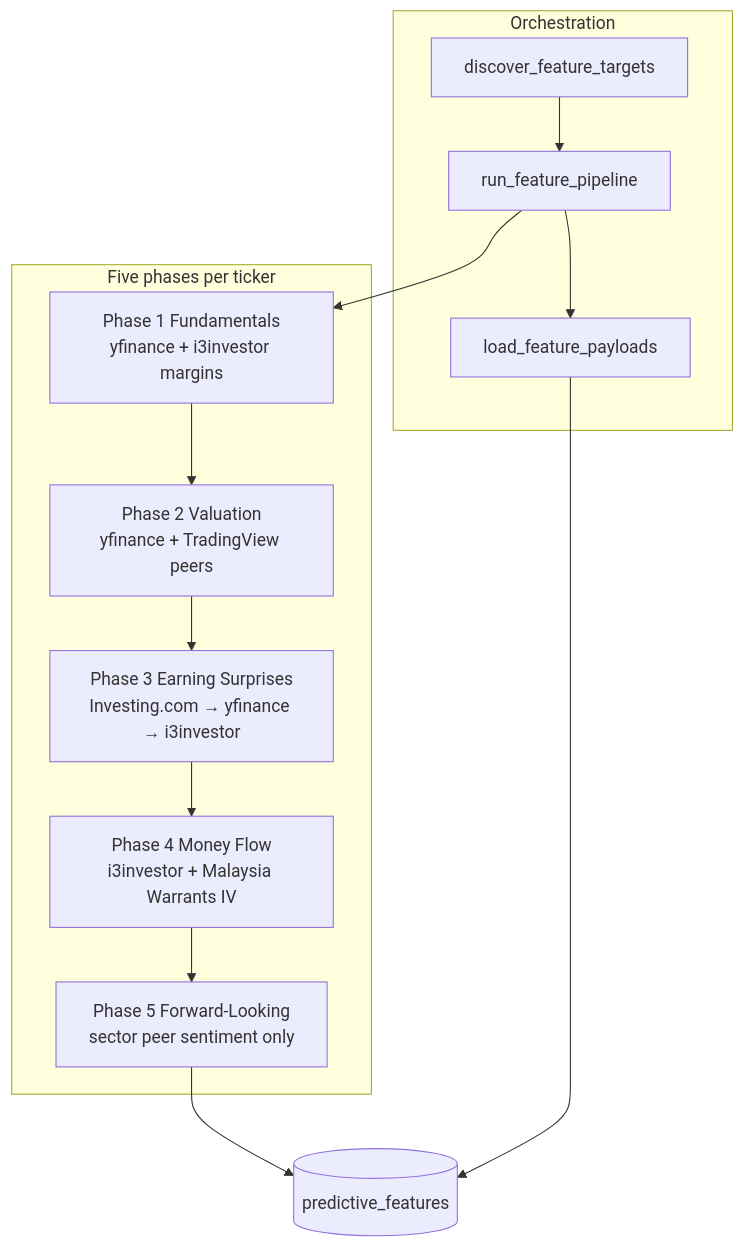
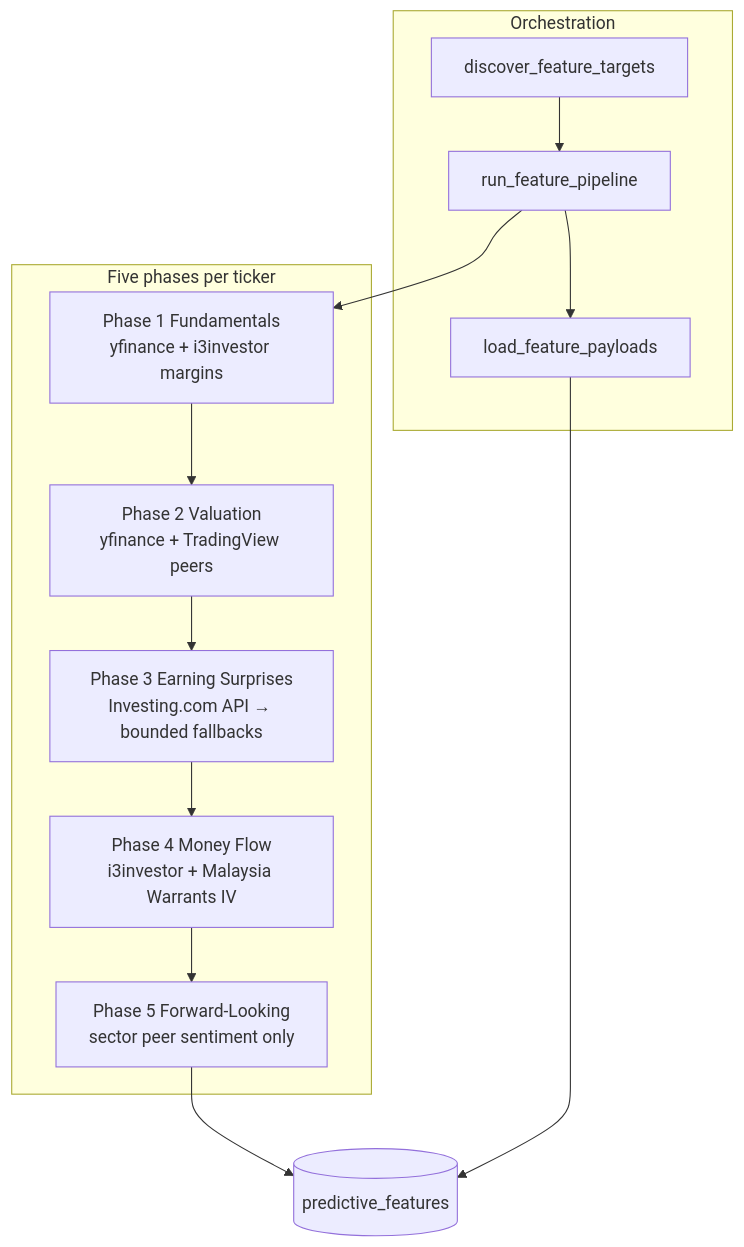
One commit to ONGKOKRHUI/financial-insights changed the diagram in docs/data-engineering/ml-features-etl.md. Above: the diagram before and after it, drawn with Mermaid. The commit also changed other lines of this file and 14 other files, not shown here.

````diff
--- a/docs/data-engineering/ml-features-etl.md
+++ b/docs/data-engineering/ml-features-etl.md
@@ -49,22 +49,22 @@
 ```mermaid
 flowchart TD
     subgraph orchestration [Orchestration]
         T1[discover_feature_targets]
         T2[run_feature_pipeline]
         T3[load_feature_payloads]
         T1 --> T2 --> T3
     end
 
     subgraph phases [Five phases per ticker]
         P1[Phase 1 Fundamentals\nyfinance + i3investor margins]
         P2[Phase 2 Valuation\nyfinance + TradingView peers]
-        P3[Phase 3 Earning Surprises\nInvesting.com → yfinance → i3investor]
+        P3[Phase 3 Earning Surprises\nInvesting.com API → bounded fallbacks]
         P4[Phase 4 Money Flow\ni3investor + Malaysia Warrants IV]
         P5[Phase 5 Forward-Looking\nsector peer sentiment only]
         P1 --> P2 --> P3 --> P4 --> P5
     end
 
     T2 --> P1
     P5 --> DB[(predictive_features)]
     T3 --> DB
 ```
````
